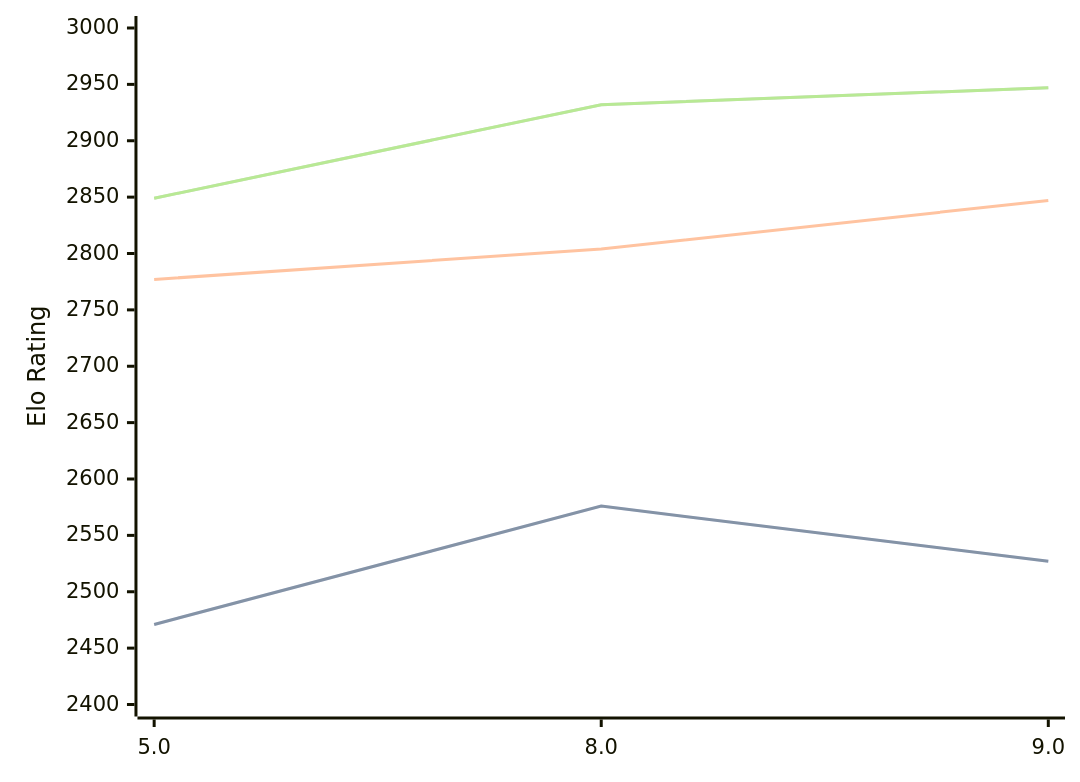
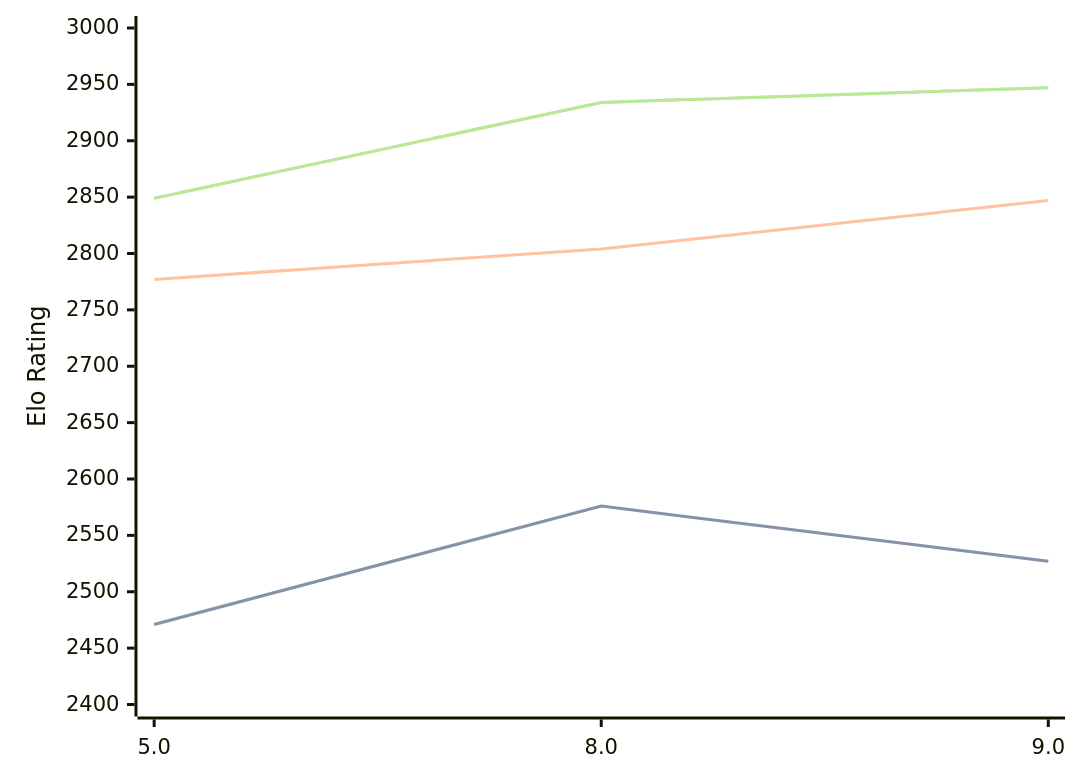
One commit to computer-chess-index/cci changed the diagram in engines/4kc.md. Above: the diagram before and after it, drawn with Mermaid. The commit also changed other lines of this file, not shown here.

Commit message:
Update CCI Ratings (ELO VLTC) - 2026-08-17

````diff
--- a/engines/4kc.md
+++ b/engines/4kc.md
@@ -33,11 +33,11 @@
 ```mermaid
 %%{init: {"theme":"base","themeVariables":{"seriesColors:['#a3a3a3','#222221','#faa371']}}}%%
 xychart-beta
   x-axis ["5.0", "8.0", "9.0"]
   y-axis "Elo Rating" 2400 --> 3000
   line "STC (8.0+0.08s)" [2471, 2576, 2527]
   line "STC (8.0+0.08s)" [2471, 2576, 2527]
   line "LTC (60.0+0.60s)" [2777, 2804, 2847]
-  line "VLTC (2m24s+1.12s)" [2849, 2932, 2947]
-  line "VLTC (2m24s+1.12s)" [2849, 2932, 2947]
+  line "VLTC (2m24s+1.12s)" [2849, 2934, 2947]
+  line "VLTC (2m24s+1.12s)" [2849, 2934, 2947]
 ```
````
